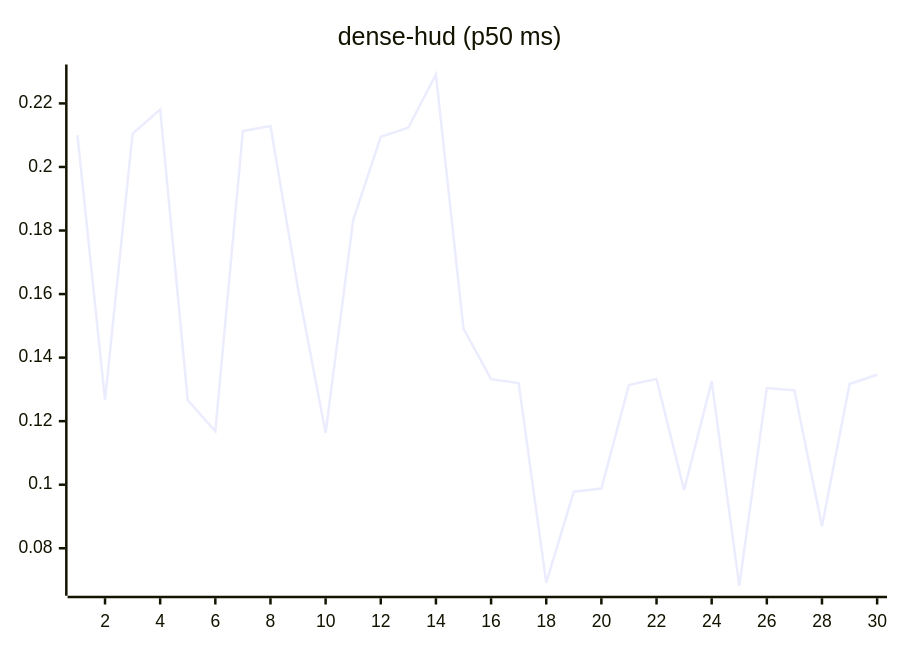
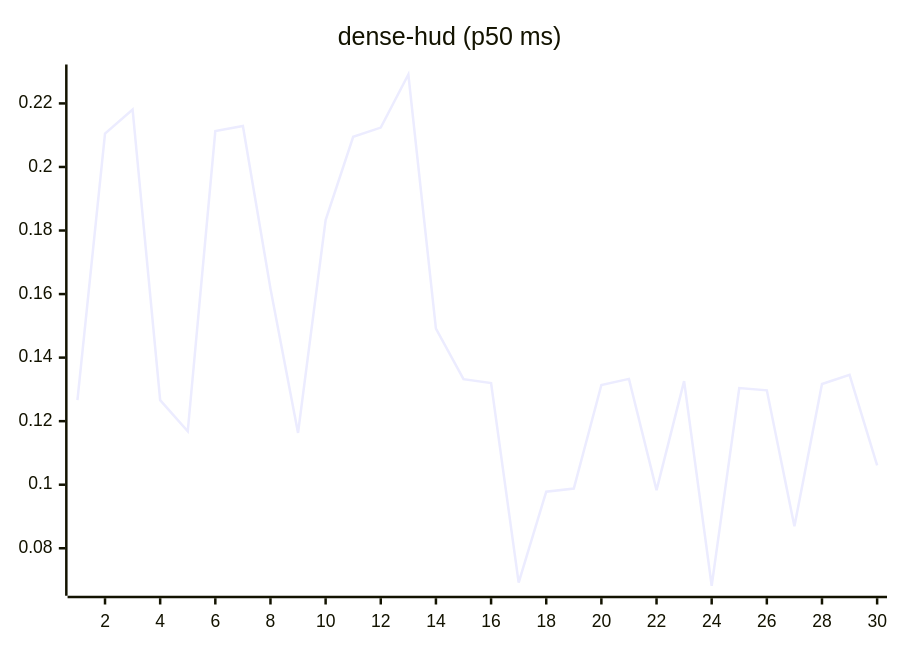
The eighth of 27 diagrams in README.md (josha/Facet), drawn with Mermaid before and after one commit. The commit also changed other lines of this file and 2 other files, not shown here.

````diff
--- a/README.md
+++ b/README.md
@@ -112,6 +112,6 @@
 ```mermaid
 xychart-beta
     title "dense-hud (p50 ms)"
     x-axis 1 --> 30
-    line [0.2100, 0.1266, 0.2105, 0.2181, 0.1266, 0.1168, 0.2113, 0.2129, 0.1617, 0.1163, 0.1833, 0.2095, 0.2124, 0.2291, 0.1491, 0.1332, 0.1320, 0.0692, 0.0978, 0.0988, 0.1314, 0.1333, 0.0983, 0.1326, 0.0682, 0.1304, 0.1297, 0.0869, 0.1317, 0.1346]
+    line [0.1266, 0.2105, 0.2181, 0.1266, 0.1168, 0.2113, 0.2129, 0.1617, 0.1163, 0.1833, 0.2095, 0.2124, 0.2291, 0.1491, 0.1332, 0.1320, 0.0692, 0.0978, 0.0988, 0.1314, 0.1333, 0.0983, 0.1326, 0.0682, 0.1304, 0.1297, 0.0869, 0.1317, 0.1346, 0.1061]
 ```
````
